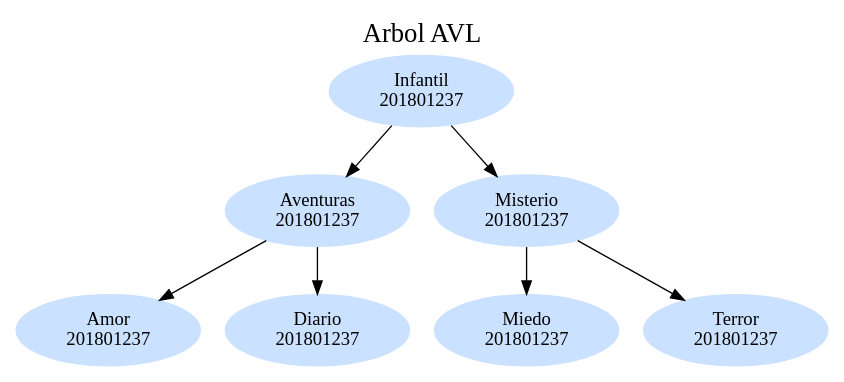
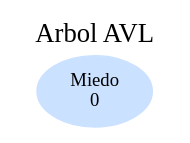
Before and after one commit to JoseMorente98/EDD-Proyecto-2: the diagram in Proyecto No 2/ArbolAVL.dot, drawn with Graphviz. The commit also changed 11 other files, not shown here.

```diff
--- a/Proyecto No 2/ArbolAVL.dot
+++ b/Proyecto No 2/ArbolAVL.dot
@@ -1,18 +1,6 @@
 digraph ArbolAVL {
 	rankdir = TB; 
 	node[shape = ellipse, fontcolor = black, style = filled, color = lightsteelblue1];
 	graph[label = "Arbol AVL", labelloc = t, fontsize = 20];
-	Object1 [ label="\Infantil\n201801237"];
-	Object3 [ label="\Aventuras\n201801237"];
-	Object6 [ label="\Amor\n201801237"];
-Object3->Object6
-	Object7 [ label="\Diario\n201801237"];
-Object3->Object7
-Object1->Object3
-	Object4 [ label="\Misterio\n201801237"];
-	Object2 [ label="\Miedo\n201801237"];
-Object4->Object2
-	Object5 [ label="\Terror\n201801237"];
-Object4->Object5
-Object1->Object4
+	Object1 [ label="\Miedo\n0"];
 }
```
